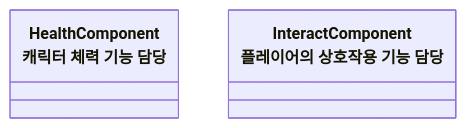
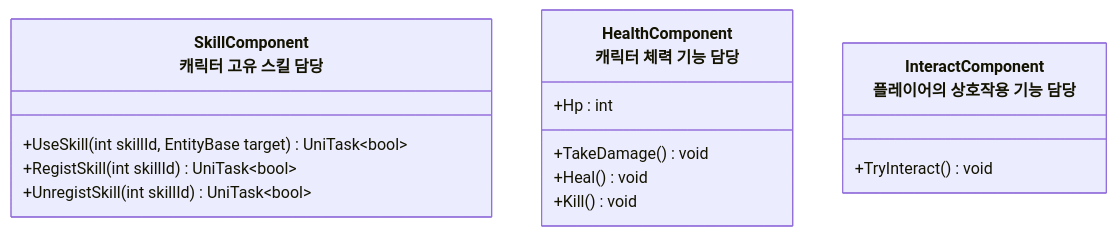
The third of 6 diagrams in README/Entity_설계.md (JIN5EOK/DungeonShooter), drawn with Mermaid before and after one commit. The commit also changed other lines of this file and 6 other files, not shown here.

````diff
--- a/README/Entity_설계.md
+++ b/README/Entity_설계.md
@@ -32,5 +42,17 @@
 ```mermaid
 classDiagram
-    class HealthComponent["HealthComponent<br>캐릭터 체력 기능 담당"]{ }
-    class InteractComponent["InteractComponent<br>플레이어의 상호작용 기능 담당"]{ }
+    class SkillComponent["SkillComponent<br>캐릭터 고유 스킬 담당"]{
+        +UseSkill(int skillId, EntityBase target) UniTask~bool~
+        +RegistSkill(int skillId) UniTask~bool~
+        +UnregistSkill(int skillId) UniTask~bool~
+    }
+    class HealthComponent["HealthComponent<br>캐릭터 체력 기능 담당"]{ 
+        +Hp : int
+        +TakeDamage() void
+        +Heal() void
+        +Kill() void
+    }
+    class InteractComponent["InteractComponent<br>플레이어의 상호작용 기능 담당"]{ 
+        +TryInteract() void
+    }
 ```
````
